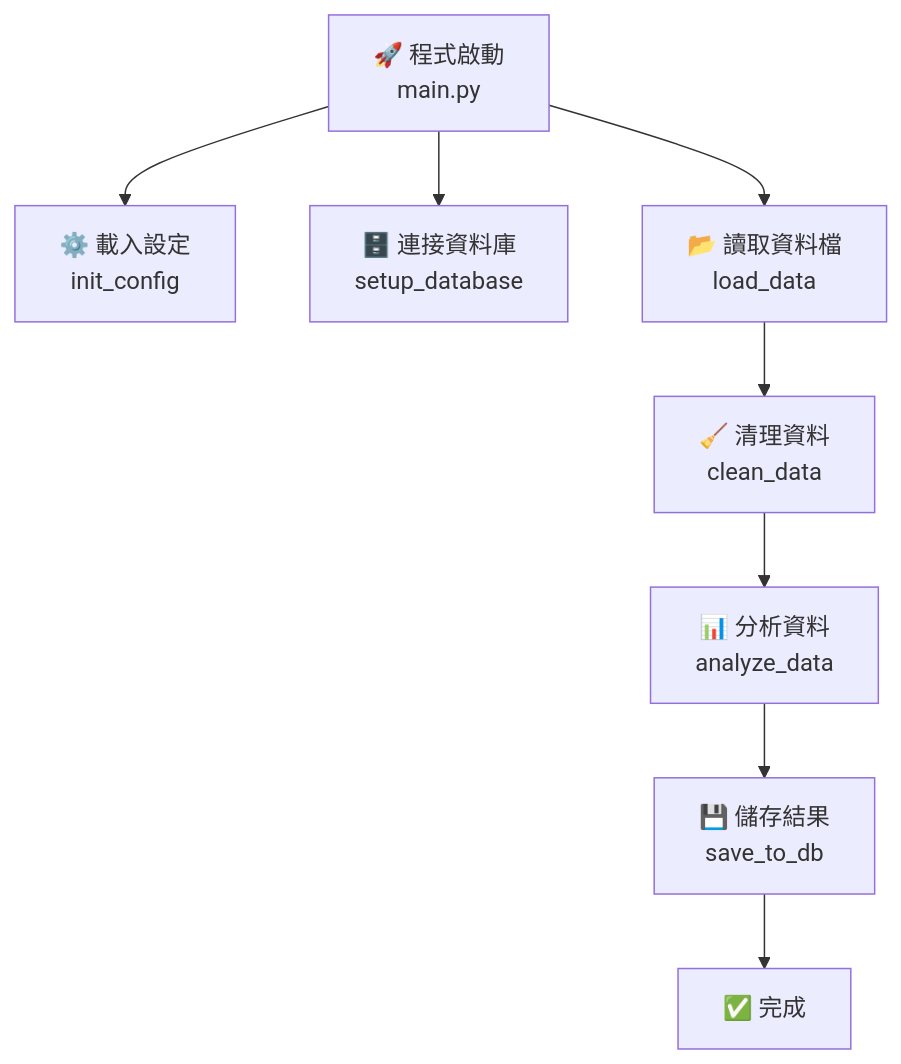
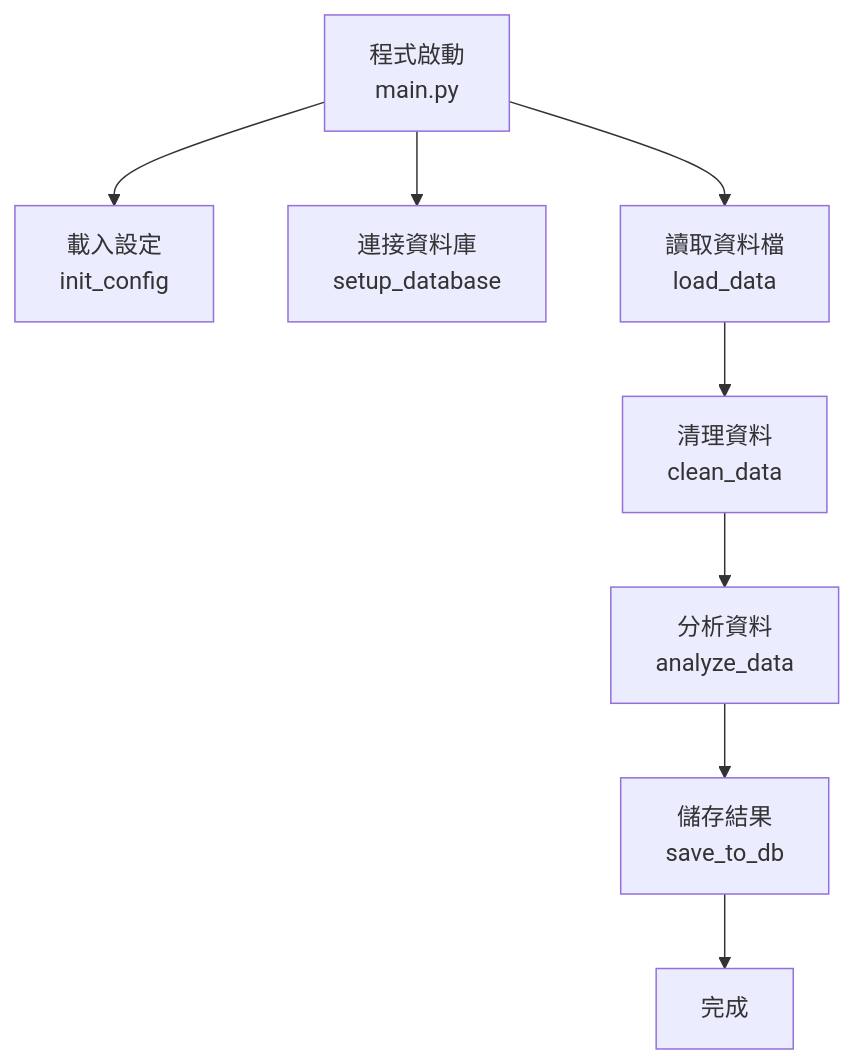
Before and after one commit to BenLin77/mcp_rule_config: the third of 3 diagrams in workflows/trace-code-agent.md, drawn with Mermaid. The commit also changed other lines of this file, not shown here.

````diff
--- a/workflows/trace-code-agent.md
+++ b/workflows/trace-code-agent.md
@@ -686,10 +1372,10 @@
 ```mermaid
 graph TD
-    A[🚀 程式啟動<br/>main.py] --> B[⚙️ 載入設定<br/>init_config]
-    A --> C[🗄️ 連接資料庫<br/>setup_database]
-    A --> D[📂 讀取資料檔<br/>load_data]
-    D --> E[🧹 清理資料<br/>clean_data]
-    E --> F[📊 分析資料<br/>analyze_data]
-    F --> G[💾 儲存結果<br/>save_to_db]
-    G --> H[✅ 完成]
+    A[程式啟動<br/>main.py] --> B[載入設定<br/>init_config]
+    A --> C[連接資料庫<br/>setup_database]
+    A --> D[讀取資料檔<br/>load_data]
+    D --> E[清理資料<br/>clean_data]
+    E --> F[分析資料<br/>analyze_data]
+    F --> G[儲存結果<br/>save_to_db]
+    G --> H[完成]
 ```
````
